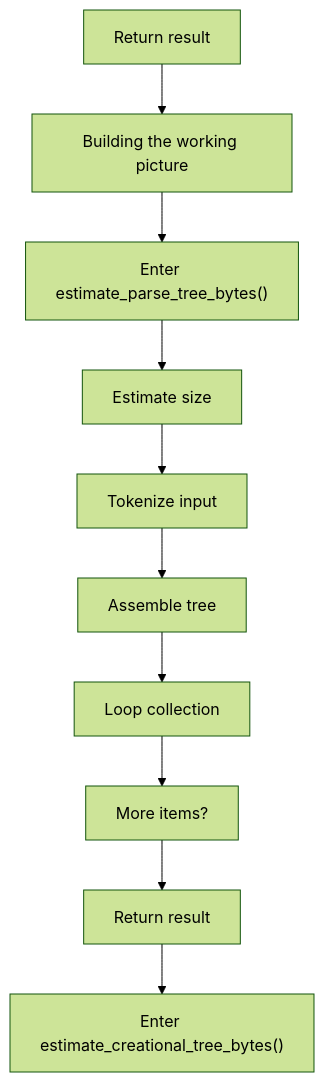
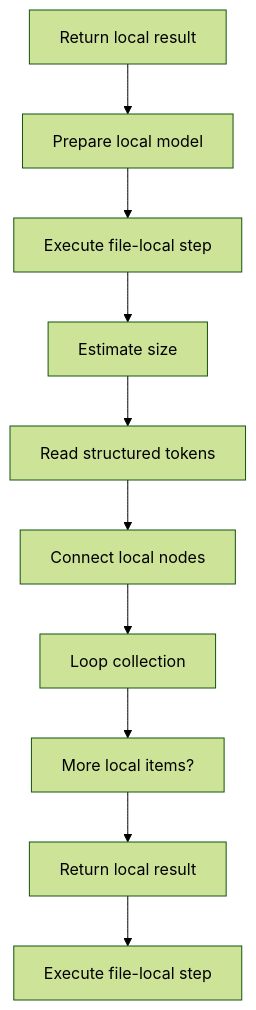
Before and after one commit to JohnAndrewBalbarosa/NeoTerritory: the fifth of 8 diagrams in docs/Codebase/Microservice/Modules/Source/OutputGeneration/UnitTestGeneration/Flow/algorithm_pipeline_program_flow_01.cpp.md, drawn with Mermaid (forest theme). The commit also changed other lines of this file and 925 other files, not shown here.

````diff
--- a/docs/Codebase/Microservice/Modules/Source/OutputGeneration/UnitTestGeneration/Flow/algorithm_pipeline_program_flow_01.cpp.md
+++ b/docs/Codebase/Microservice/Modules/Source/OutputGeneration/UnitTestGeneration/Flow/algorithm_pipeline_program_flow_01.cpp.md
@@ -119,22 +119,22 @@
 ```mermaid
 flowchart TD
-    N0["Return result"]
-    N1["Building the working picture"]
-    N2["Enter estimate_parse_tree_bytes()"]
+    N0["Return local result"]
+    N1["Prepare local model"]
+    N2["Execute file-local step"]
     N3["Estimate size"]
-    N4["Tokenize input"]
-    N5["Assemble tree"]
+    N4["Read structured tokens"]
+    N5["Connect local nodes"]
     N6["Loop collection"]
-    N7["More items?"]
-    N8["Return result"]
-    N9["Enter estimate_creational_tree_bytes()"]
+    N7["More local items?"]
+    N8["Return local result"]
+    N9["Execute file-local step"]
     N0 --> N1
     N1 --> N2
     N2 --> N3
     N3 --> N4
     N4 --> N5
     N5 --> N6
     N6 --> N7
     N7 --> N8
     N8 --> N9
 ```
````
